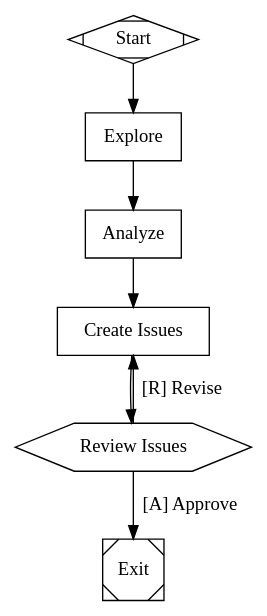
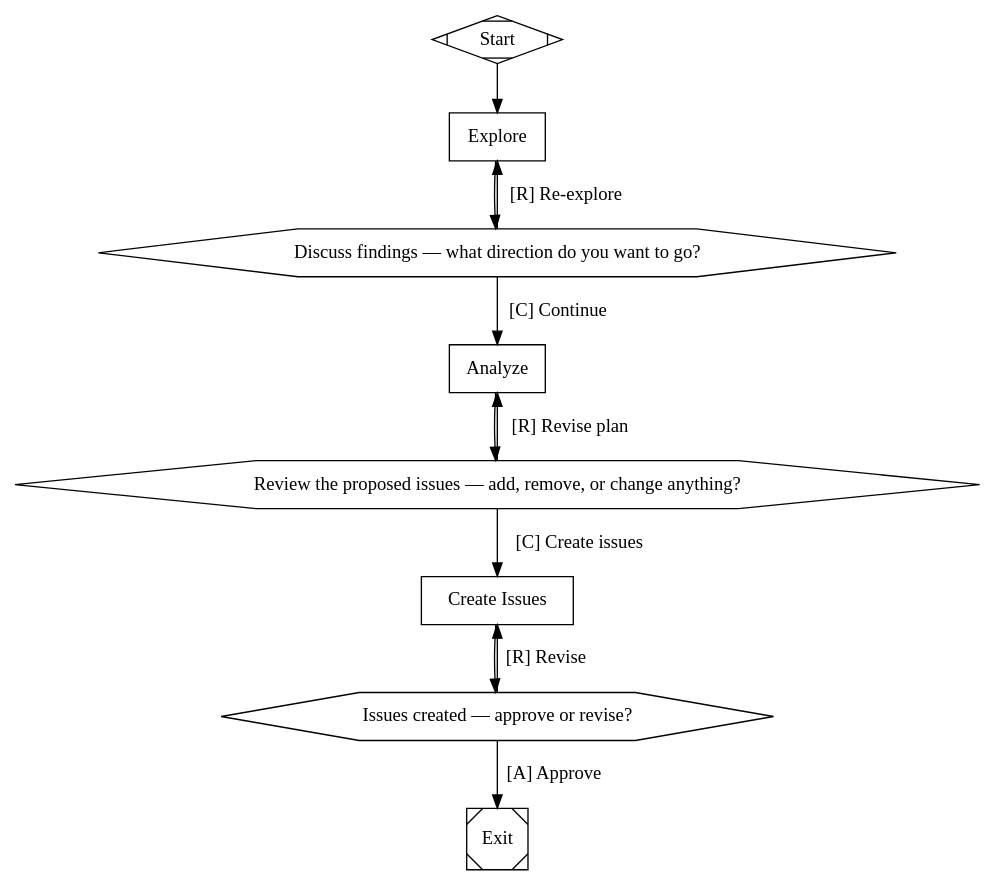
Before and after one commit to blakeai/attractor: the diagram in pipelines/discovery.dot, drawn with Graphviz.

Commit message:
feat: add human gates between discovery stages for collaborative flow
Discovery is now a conversation: explore → discuss findings → analyze →
discuss plan → create issues → review. Human gates at each transition
let you steer direction, adjust scope, and approve before anything gets
created.

```diff
--- a/pipelines/discovery.dot
+++ b/pipelines/discovery.dot
@@ -1,31 +1,47 @@
 digraph Discovery {
     graph [goal="$goal", repo="$repo"]
     node [shape=box]
 
     start [shape=Mdiamond, label="Start"]
     exit  [shape=Msquare, label="Exit"]
 
     explore [
         label="Explore",
-        prompt="Your goal is: $goal\nRepo: $repo\n\nExplore the codebase. Use your tools — read files, glob for patterns, grep for keywords, run shell commands. Understand the repo structure, existing code, tech stack, conventions, and anything relevant to the goal. If the repo is empty or new, note that and focus on what the project needs based on the goal and any README or docs present.\n\nOutput a summary of your raw findings."
+        prompt="Your goal is: $goal\nRepo: $repo\n\nExplore the codebase. Use your tools — read files, glob for patterns, grep for keywords, run shell commands. Understand the repo structure, existing code, tech stack, conventions, and anything relevant to the goal. If the repo is empty or new, note that and focus on what the project needs based on the goal and any README or docs present.\n\nOutput a concise summary of your findings."
+    ]
+
+    discuss_findings [
+        shape=hexagon,
+        label="Discuss findings — what direction do you want to go?"
     ]
 
     analyze [
         label="Analyze",
-        prompt="Your goal is: $goal\nRepo: $repo\n\nBased on your exploration, make architectural decisions. Break the goal down into discrete, implementable pieces of work. For each piece identify:\n- What it does (clear scope)\n- Why it matters\n- Key technical decisions or constraints\n- Acceptance criteria\n\nKeep each piece small enough to be a single focused issue. Think about dependency order — what needs to be built first?"
+        prompt="Your goal is: $goal\nRepo: $repo\n\nBased on the exploration and the human's input, break the goal down into discrete, implementable pieces of work. For each piece identify:\n- What it does (clear scope)\n- Why it matters\n- Acceptance criteria\n\nKeep each piece small enough to be a single focused issue. Think about dependency order — what needs to be built first?\n\nPresent the proposed issues as a numbered list with titles and one-line descriptions."
+    ]
+
+    discuss_plan [
+        shape=hexagon,
+        label="Review the proposed issues — add, remove, or change anything?"
     ]
 
     create_issues [
         label="Create Issues",
-        prompt="Your goal is: $goal\nRepo: $repo\n\nCreate GitHub issues for each piece of work identified in the analysis. Use the shell tool to run gh commands.\n\nFor each issue run:\ngh issue create --title \"<title>\" --body \"<body>\" --label \"discovery\"\n\nThe body should include:\n- Summary of what needs to be done\n- Acceptance criteria as a checklist\n- Any relevant technical context or constraints\n- Dependencies on other issues if applicable\n\nCreate issues in dependency order (foundational work first). After creating all issues, run `gh issue list` to confirm they were created."
+        prompt="Your goal is: $goal\nRepo: $repo\n\nCreate GitHub issues based on the agreed plan. Use the shell tool to run gh commands.\n\nFor each issue run:\ngh issue create --title \"<title>\" --body \"<body>\"\n\nThe body should include:\n- Summary of what needs to be done\n- Acceptance criteria as a checklist\n- Dependencies on other issues if applicable\n\nCreate issues in dependency order (foundational work first). After creating all issues, run `gh issue list` to confirm they were created."
     ]
 
-    review_gate [
+    review_issues [
         shape=hexagon,
-        label="Review Issues"
+        label="Issues created — approve or revise?"
     ]
 
-    start -> explore -> analyze -> create_issues -> review_gate
-    review_gate -> exit           [label="[A] Approve"]
-    review_gate -> create_issues  [label="[R] Revise"]
+    start -> explore -> discuss_findings
+    discuss_findings -> analyze     [label="[C] Continue"]
+    discuss_findings -> explore     [label="[R] Re-explore"]
+    analyze -> discuss_plan
+    discuss_plan -> create_issues   [label="[C] Create issues"]
+    discuss_plan -> analyze         [label="[R] Revise plan"]
+    create_issues -> review_issues
+    review_issues -> exit           [label="[A] Approve"]
+    review_issues -> create_issues  [label="[R] Revise"]
 }
```
